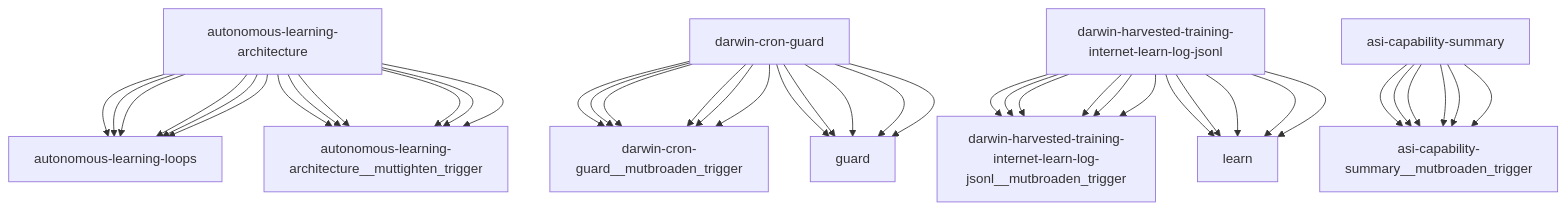
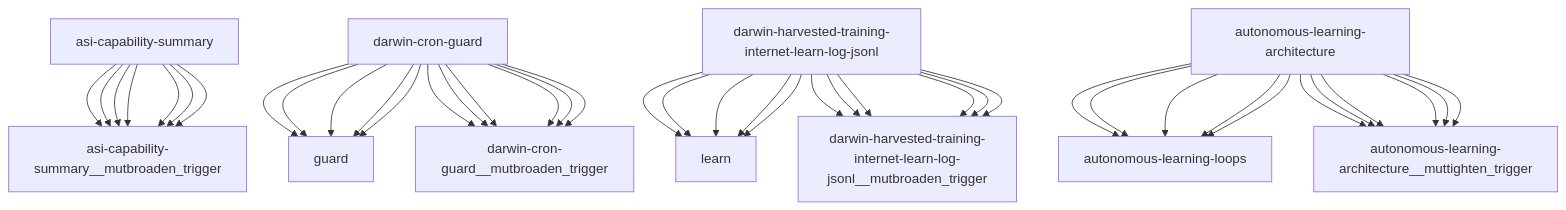
The diagram in reports/darwin-report.md (openamer/openamer), drawn with Mermaid before and after one commit. The commit also changed other lines of this file and 18 other files, not shown here.

````diff
--- a/reports/darwin-report.md
+++ b/reports/darwin-report.md
@@ -74,43 +74,43 @@
 ```mermaid
 graph TD
+    asi-capability-summary["asi-capability-summary"] --> asi-capability-summary__mutbroaden_trigger["asi-capability-summary__mutbroaden_trigger"]
+    darwin-cron-guard["darwin-cron-guard"] --> guard["guard"]
+    darwin-harvested-training-internet-learn-log-jsonl["darwin-harvested-training-internet-learn-log-jsonl"] --> learn["learn"]
     autonomous-learning-architecture["autonomous-learning-architecture"] --> autonomous-learning-loops["autonomous-learning-loops"]
+    darwin-cron-guard["darwin-cron-guard"] --> darwin-cron-guard__mutbroaden_trigger["darwin-cron-guard__mutbroaden_trigger"]
+    darwin-harvested-training-internet-learn-log-jsonl["darwin-harvested-training-internet-learn-log-jsonl"] --> darwin-harvested-training-internet-learn-log-jsonl__mutbroaden_trigger["darwin-harvested-training-internet-learn-log-jsonl__mutbroaden_trigger"]
+    autonomous-learning-architecture["autonomous-learning-architecture"] --> autonomous-learning-architecture__muttighten_trigger["autonomous-learning-architecture__muttighten_trigger"]
+    asi-capability-summary["asi-capability-summary"] --> asi-capability-summary__mutbroaden_trigger["asi-capability-summary__mutbroaden_trigger"]
+    darwin-cron-guard["darwin-cron-guard"] --> guard["guard"]
+    darwin-harvested-training-internet-learn-log-jsonl["darwin-harvested-training-internet-learn-log-jsonl"] --> learn["learn"]
+    autonomous-learning-architecture["autonomous-learning-architecture"] --> autonomous-learning-loops["autonomous-learning-loops"]
+    darwin-cron-guard["darwin-cron-guard"] --> darwin-cron-guard__mutbroaden_trigger["darwin-cron-guard__mutbroaden_trigger"]
+    darwin-harvested-training-internet-learn-log-jsonl["darwin-harvested-training-internet-learn-log-jsonl"] --> darwin-harvested-training-internet-learn-log-jsonl__mutbroaden_trigger["darwin-harvested-training-internet-learn-log-jsonl__mutbroaden_trigger"]
+    autonomous-learning-architecture["autonomous-learning-architecture"] --> autonomous-learning-architecture__muttighten_trigger["autonomous-learning-architecture__muttighten_trigger"]
+    asi-capability-summary["asi-capability-summary"] --> asi-capability-summary__mutbroaden_trigger["asi-capability-summary__mutbroaden_trigger"]
     darwin-cron-guard["darwin-cron-guard"] --> darwin-cron-guard__mutbroaden_trigger["darwin-cron-guard__mutbroaden_trigger"]
     darwin-harvested-training-internet-learn-log-jsonl["darwin-harvested-training-internet-learn-log-jsonl"] --> darwin-harvested-training-internet-learn-log-jsonl__mutbroaden_trigger["darwin-harvested-training-internet-learn-log-jsonl__mutbroaden_trigger"]
     autonomous-learning-architecture["autonomous-learning-architecture"] --> autonomous-learning-architecture__muttighten_trigger["autonomous-learning-architecture__muttighten_trigger"]
     asi-capability-summary["asi-capability-summary"] --> asi-capability-summary__mutbroaden_trigger["asi-capability-summary__mutbroaden_trigger"]
     darwin-cron-guard["darwin-cron-guard"] --> darwin-cron-guard__mutbroaden_trigger["darwin-cron-guard__mutbroaden_trigger"]
     darwin-harvested-training-internet-learn-log-jsonl["darwin-harvested-training-internet-learn-log-jsonl"] --> darwin-harvested-training-internet-learn-log-jsonl__mutbroaden_trigger["darwin-harvested-training-internet-learn-log-jsonl__mutbroaden_trigger"]
     autonomous-learning-architecture["autonomous-learning-architecture"] --> autonomous-learning-architecture__muttighten_trigger["autonomous-learning-architecture__muttighten_trigger"]
     asi-capability-summary["asi-capability-summary"] --> asi-capability-summary__mutbroaden_trigger["asi-capability-summary__mutbroaden_trigger"]
     darwin-cron-guard["darwin-cron-guard"] --> guard["guard"]
     darwin-harvested-training-internet-learn-log-jsonl["darwin-harvested-training-internet-learn-log-jsonl"] --> learn["learn"]
     autonomous-learning-architecture["autonomous-learning-architecture"] --> autonomous-learning-loops["autonomous-learning-loops"]
     darwin-cron-guard["darwin-cron-guard"] --> darwin-cron-guard__mutbroaden_trigger["darwin-cron-guard__mutbroaden_trigger"]
     darwin-harvested-training-internet-learn-log-jsonl["darwin-harvested-training-internet-learn-log-jsonl"] --> darwin-harvested-training-internet-learn-log-jsonl__mutbroaden_trigger["darwin-harvested-training-internet-learn-log-jsonl__mutbroaden_trigger"]
     autonomous-learning-architecture["autonomous-learning-architecture"] --> autonomous-learning-architecture__muttighten_trigger["autonomous-learning-architecture__muttighten_trigger"]
     asi-capability-summary["asi-capability-summary"] --> asi-capability-summary__mutbroaden_trigger["asi-capability-summary__mutbroaden_trigger"]
     darwin-cron-guard["darwin-cron-guard"] --> guard["guard"]
     darwin-harvested-training-internet-learn-log-jsonl["darwin-harvested-training-internet-learn-log-jsonl"] --> learn["learn"]
     autonomous-learning-architecture["autonomous-learning-architecture"] --> autonomous-learning-loops["autonomous-learning-loops"]
     darwin-cron-guard["darwin-cron-guard"] --> darwin-cron-guard__mutbroaden_trigger["darwin-cron-guard__mutbroaden_trigger"]
     darwin-harvested-training-internet-learn-log-jsonl["darwin-harvested-training-internet-learn-log-jsonl"] --> darwin-harvested-training-internet-learn-log-jsonl__mutbroaden_trigger["darwin-harvested-training-internet-learn-log-jsonl__mutbroaden_trigger"]
     autonomous-learning-architecture["autonomous-learning-architecture"] --> autonomous-learning-architecture__muttighten_trigger["autonomous-learning-architecture__muttighten_trigger"]
     asi-capability-summary["asi-capability-summary"] --> asi-capability-summary__mutbroaden_trigger["asi-capability-summary__mutbroaden_trigger"]
     darwin-cron-guard["darwin-cron-guard"] --> guard["guard"]
     darwin-harvested-training-internet-learn-log-jsonl["darwin-harvested-training-internet-learn-log-jsonl"] --> learn["learn"]
     autonomous-learning-architecture["autonomous-learning-architecture"] --> autonomous-learning-loops["autonomous-learning-loops"]
-    darwin-cron-guard["darwin-cron-guard"] --> darwin-cron-guard__mutbroaden_trigger["darwin-cron-guard__mutbroaden_trigger"]
-    darwin-harvested-training-internet-learn-log-jsonl["darwin-harvested-training-internet-learn-log-jsonl"] --> darwin-harvested-training-internet-learn-log-jsonl__mutbroaden_trigger["darwin-harvested-training-internet-learn-log-jsonl__mutbroaden_trigger"]
-    autonomous-learning-architecture["autonomous-learning-architecture"] --> autonomous-learning-architecture__muttighten_trigger["autonomous-learning-architecture__muttighten_trigger"]
-    asi-capability-summary["asi-capability-summary"] --> asi-capability-summary__mutbroaden_trigger["asi-capability-summary__mutbroaden_trigger"]
-    darwin-cron-guard["darwin-cron-guard"] --> guard["guard"]
-    darwin-harvested-training-internet-learn-log-jsonl["darwin-harvested-training-internet-learn-log-jsonl"] --> learn["learn"]
-    autonomous-learning-architecture["autonomous-learning-architecture"] --> autonomous-learning-loops["autonomous-learning-loops"]
-    darwin-cron-guard["darwin-cron-guard"] --> darwin-cron-guard__mutbroaden_trigger["darwin-cron-guard__mutbroaden_trigger"]
-    darwin-harvested-training-internet-learn-log-jsonl["darwin-harvested-training-internet-learn-log-jsonl"] --> darwin-harvested-training-internet-learn-log-jsonl__mutbroaden_trigger["darwin-harvested-training-internet-learn-log-jsonl__mutbroaden_trigger"]
-    autonomous-learning-architecture["autonomous-learning-architecture"] --> autonomous-learning-architecture__muttighten_trigger["autonomous-learning-architecture__muttighten_trigger"]
-    asi-capability-summary["asi-capability-summary"] --> asi-capability-summary__mutbroaden_trigger["asi-capability-summary__mutbroaden_trigger"]
-    darwin-cron-guard["darwin-cron-guard"] --> guard["guard"]
-    darwin-harvested-training-internet-learn-log-jsonl["darwin-harvested-training-internet-learn-log-jsonl"] --> learn["learn"]
-    autonomous-learning-architecture["autonomous-learning-architecture"] --> autonomous-learning-loops["autonomous-learning-loops"]
 ```
````
